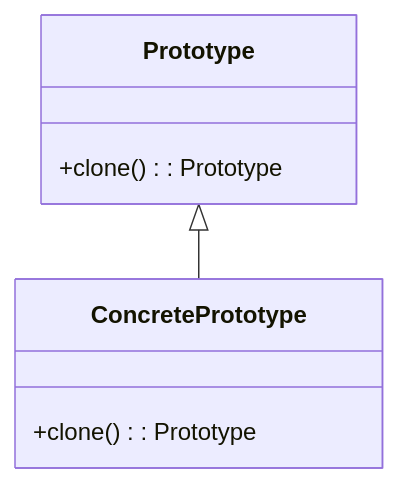
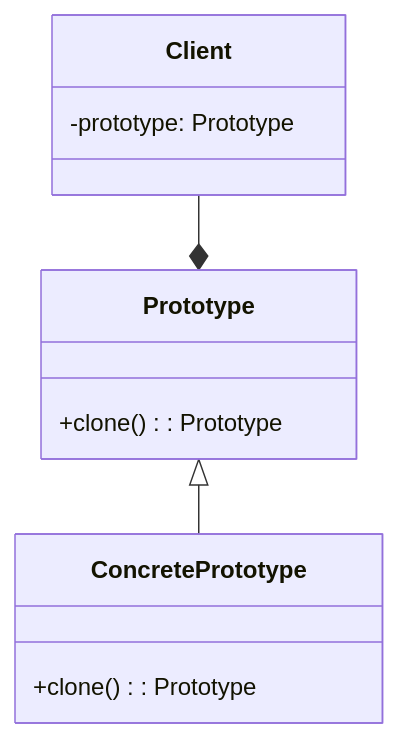
The diagram in _posts/2023-06-06-protype-design-pattern.md (trungsudo/trungsudo.github.io), drawn with Mermaid before and after one commit. The commit also changed other lines of this file, not shown here.

````diff
--- a/_posts/2023-06-06-protype-design-pattern.md
+++ b/_posts/2023-06-06-protype-design-pattern.md
@@ -31,10 +35,14 @@
   ```mermaid
   classDiagram
       Prototype <|-- ConcretePrototype
-      class Prototype {
+      Client --* Prototype
+      class Prototype{
           +clone(): Prototype
       }
-      class ConcretePrototype {
+      class ConcretePrototype{
           +clone(): Prototype
       }
+      class Client{
+          -prototype: Prototype
+      }
   ```
````
